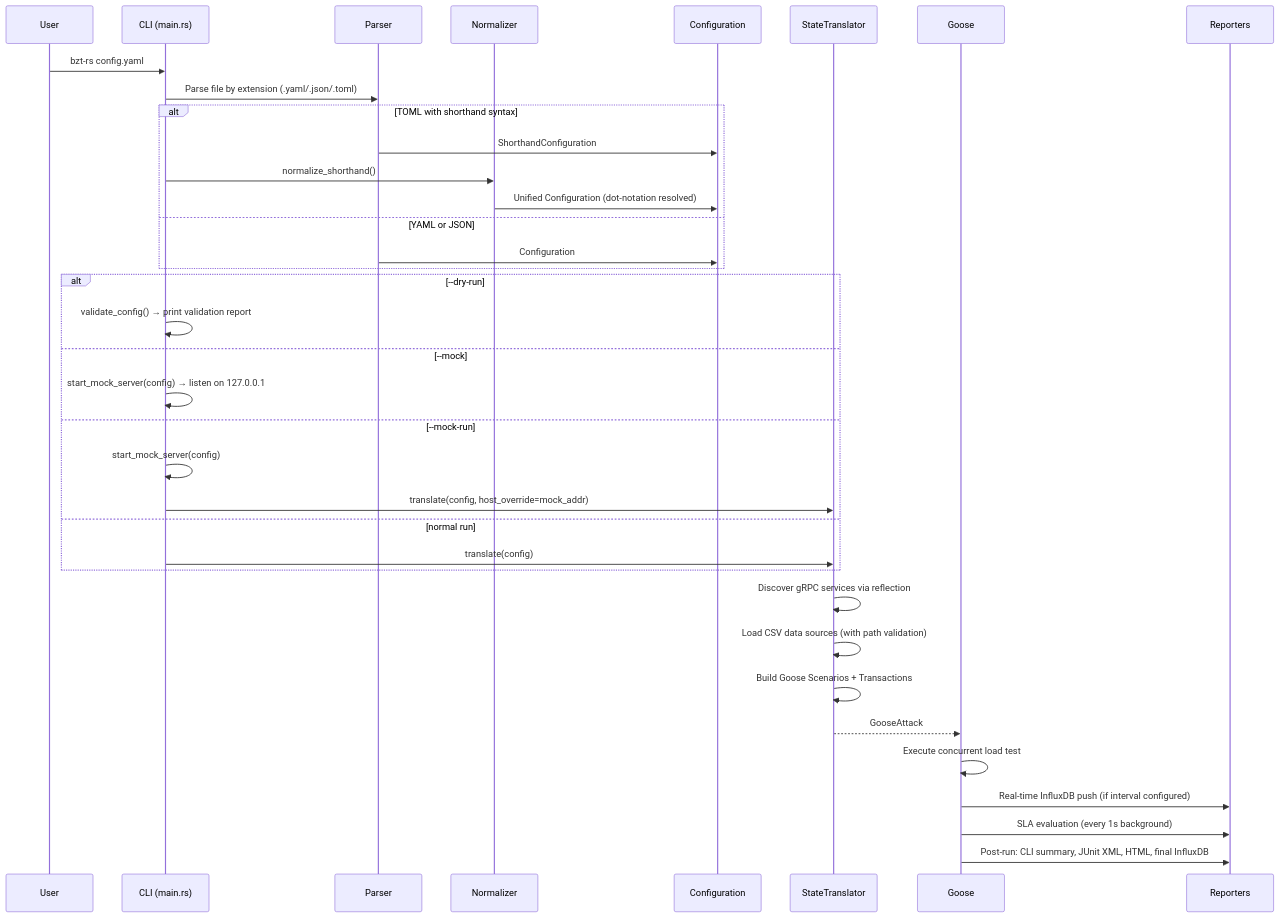
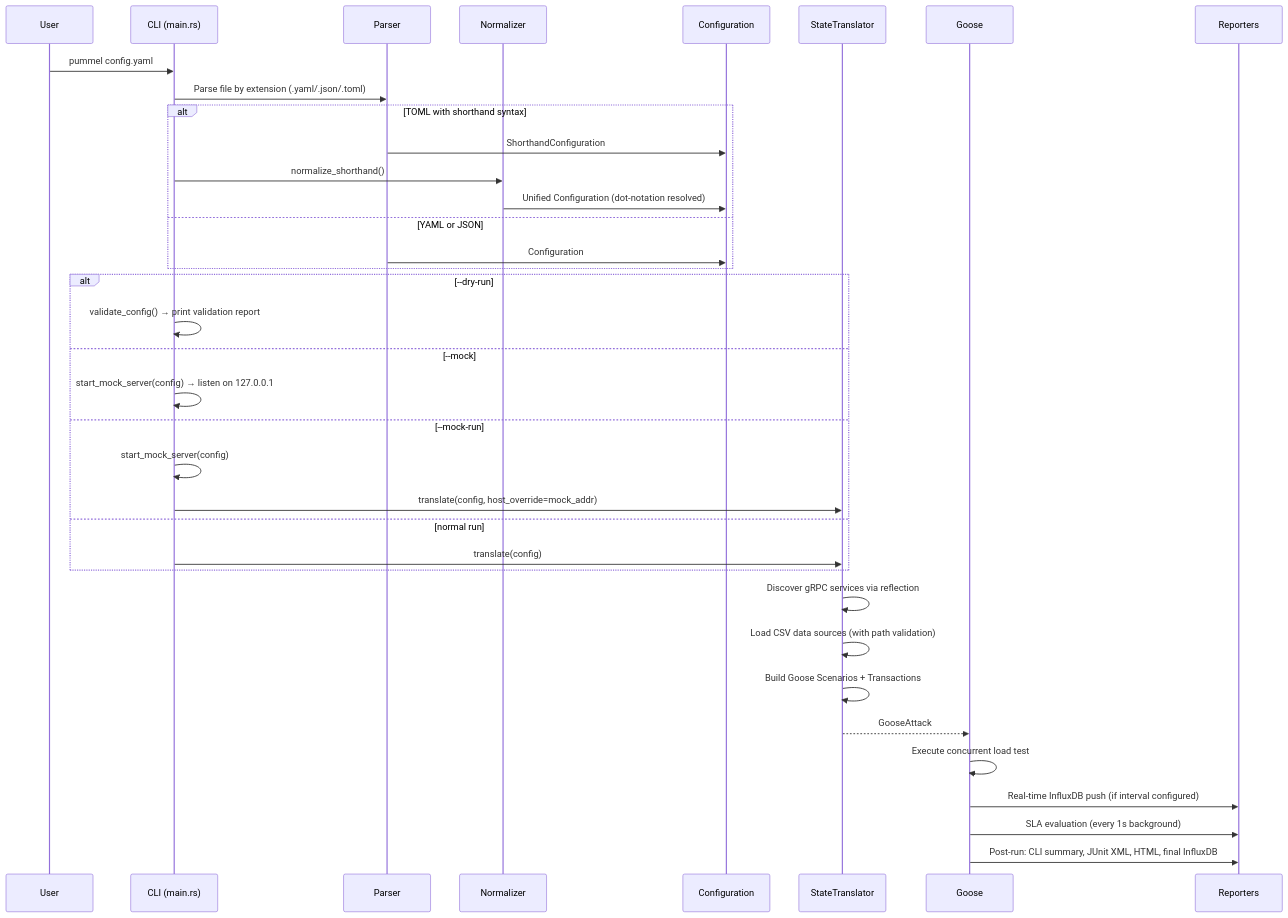
The fourth of 5 diagrams in docs/architecture.md (py-centric/bzt-rs), drawn with Mermaid before and after one commit. The commit also changed other lines of this file and 105 other files, not shown here.

First line of the commit message:
refactor: rename bzt-rs to pummel

````diff
--- a/docs/architecture.md
+++ b/docs/architecture.md
@@ -150,43 +150,43 @@
 ```mermaid
 sequenceDiagram
     participant User
     participant CLI as CLI (main.rs)
     participant Parser
     participant Normalizer
     participant Config as Configuration
     participant Translator as StateTranslator
     participant Goose
     participant Reporters
 
-    User->>CLI: bzt-rs config.yaml
+    User->>CLI: pummel config.yaml
     CLI->>Parser: Parse file by extension (.yaml/.json/.toml)
 
     alt TOML with shorthand syntax
         Parser->>Config: ShorthandConfiguration
         CLI->>Normalizer: normalize_shorthand()
         Normalizer->>Config: Unified Configuration (dot-notation resolved)
     else YAML or JSON
         Parser->>Config: Configuration
     end
 
     alt --dry-run
         CLI->>CLI: validate_config() → print validation report
     else --mock
         CLI->>CLI: start_mock_server(config) → listen on 127.0.0.1
     else --mock-run
         CLI->>CLI: start_mock_server(config)
         CLI->>Translator: translate(config, host_override=mock_addr)
     else normal run
         CLI->>Translator: translate(config)
     end
 
     Translator->>Translator: Discover gRPC services via reflection
     Translator->>Translator: Load CSV data sources (with path validation)
     Translator->>Translator: Build Goose Scenarios + Transactions
     Translator-->>Goose: GooseAttack
 
     Goose->>Goose: Execute concurrent load test
     Goose->>Reporters: Real-time InfluxDB push (if interval configured)
     Goose->>Reporters: SLA evaluation (every 1s background)
     Goose->>Reporters: Post-run: CLI summary, JUnit XML, HTML, final InfluxDB
 ```
````
